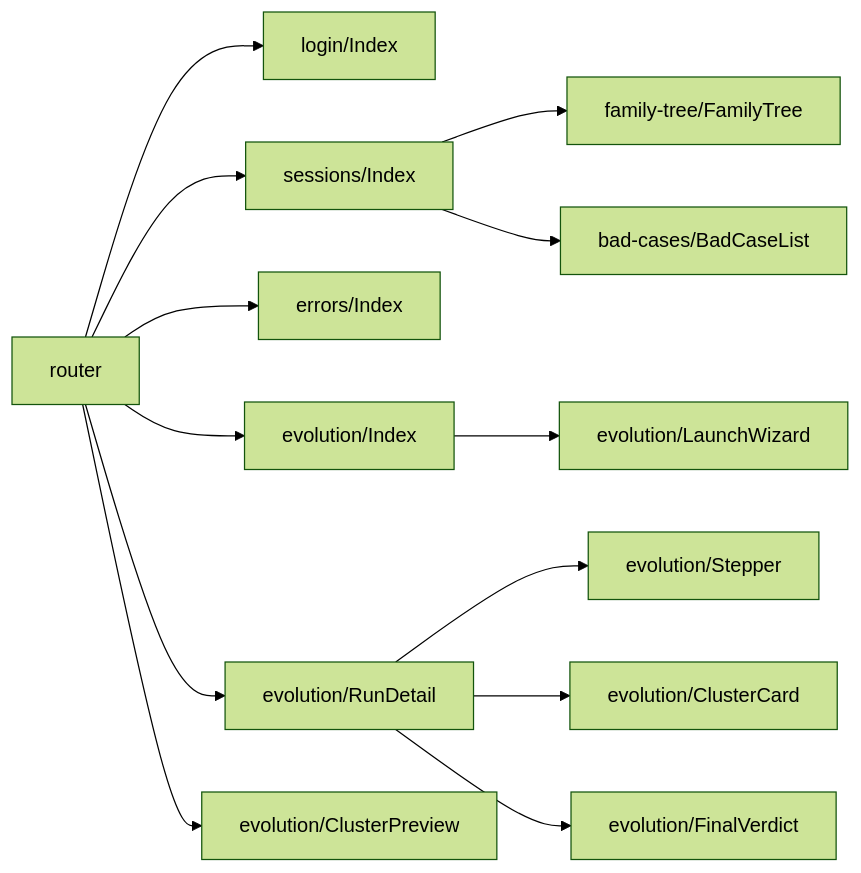
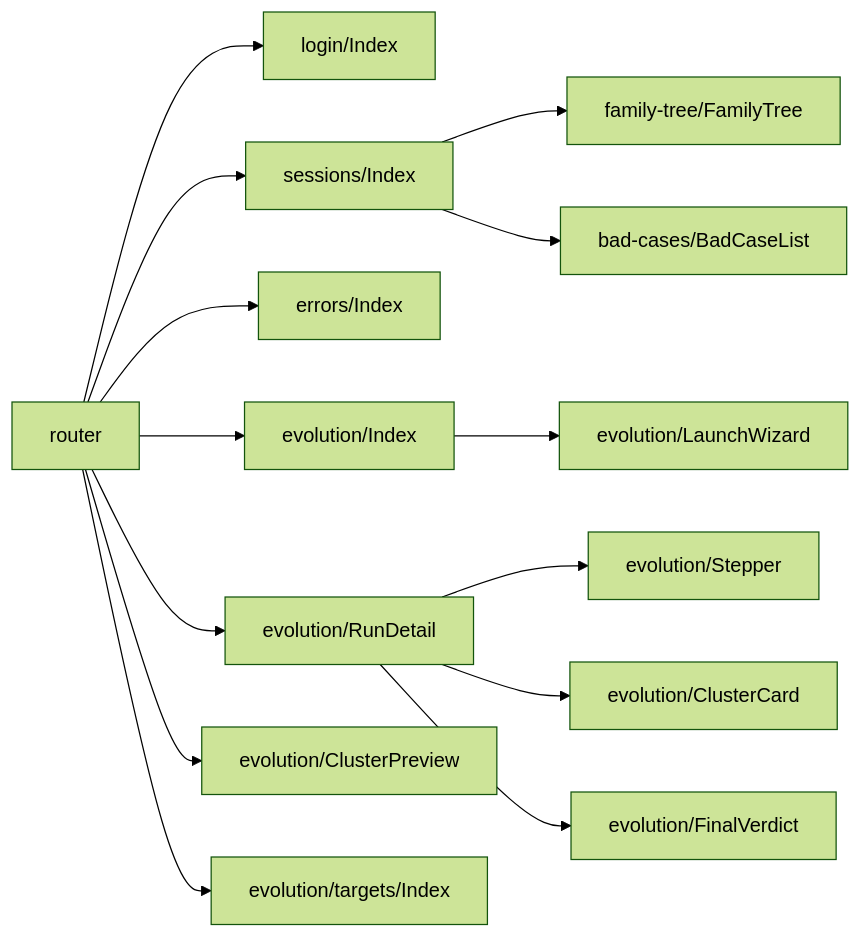
The first of 3 diagrams in plans/fullstack-design/08-frontend-implementation.md (Shadow-Azure/harness-evolution), drawn with Mermaid (forest theme) before and after one commit. The commit also changed other lines of this file and 10 other files, not shown here.

````diff
--- a/plans/fullstack-design/08-frontend-implementation.md
+++ b/plans/fullstack-design/08-frontend-implementation.md
@@ -19,15 +20,16 @@
 ```mermaid
 flowchart LR
     R["router"] --> L["login/Index"]
     R --> S["sessions/Index"]
     R --> E["errors/Index"]
     R --> V["evolution/Index"]
     R --> D["evolution/RunDetail"]
     R --> C["evolution/ClusterPreview"]
+    R --> TG["evolution/targets/Index"]
     S --> FT["family-tree/FamilyTree"]
     S --> FL["bad-cases/BadCaseList"]
     V --> LW["evolution/LaunchWizard"]
     D --> ST["evolution/Stepper"]
     D --> CC["evolution/ClusterCard"]
     D --> FV["evolution/FinalVerdict"]
 ```
````
